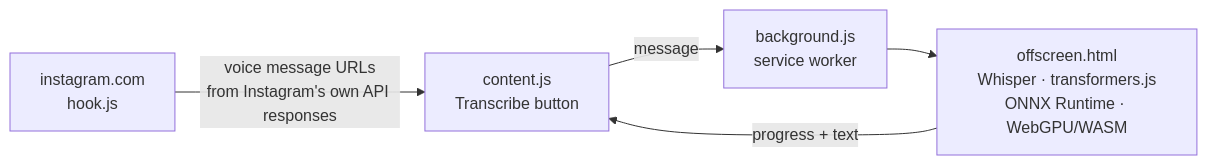
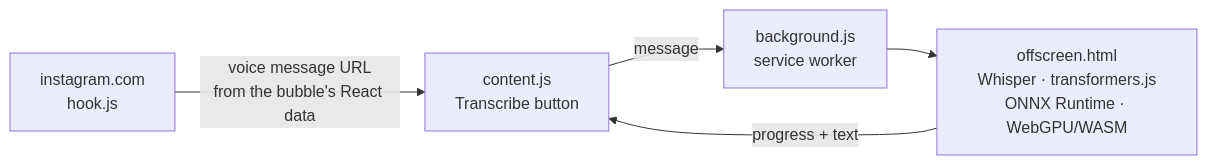
Before and after one commit to Raitofod/voice-transcripts-for-instagram: the diagram in README.md, drawn with Mermaid. The commit also changed other lines of this file and 38 other files, not shown here.

````diff
--- a/README.md
+++ b/README.md
@@ -93,7 +233,7 @@
 ```mermaid
 flowchart LR
-  A[instagram.com<br>hook.js] -- voice message URLs<br>from Instagram's own API responses --> B[content.js<br>Transcribe button]
-  B -- message --> C[background.js<br>service worker]
-  C --> D[offscreen.html<br>Whisper · transformers.js<br>ONNX Runtime · WebGPU/WASM]
-  D -- progress + text --> B
+  A["instagram.com<br>hook.js"] -- "voice message URL<br>from the bubble's React data" --> B["content.js<br>Transcribe button"]
+  B -- message --> C["background.js<br>service worker"]
+  C --> D["offscreen.html<br>Whisper · transformers.js<br>ONNX Runtime · WebGPU/WASM"]
+  D -- "progress + text" --> B
 ```
````
